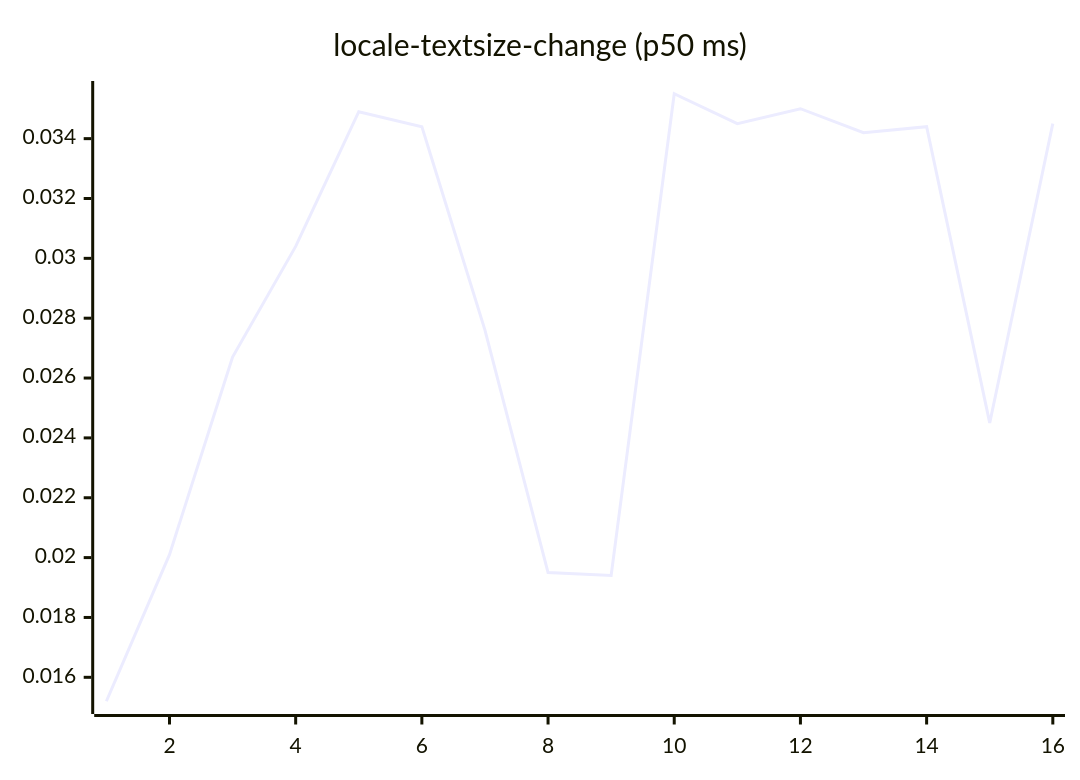
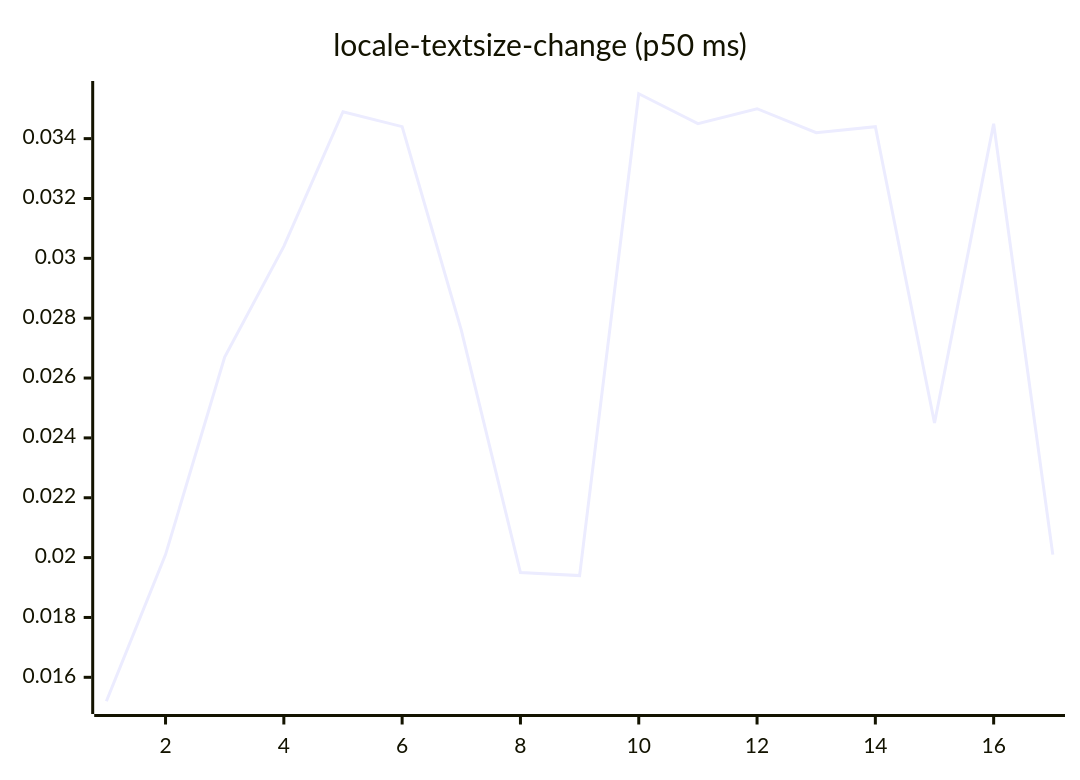
One commit to josha/Facet changed diagram 13 of 27 in README.md. Above: the diagram before and after it, drawn with Mermaid. The commit also changed other lines of this file and 2 other files, not shown here.

````diff
--- a/README.md
+++ b/README.md
@@ -147,6 +147,6 @@
 ```mermaid
 xychart-beta
     title "locale-textsize-change (p50 ms)"
-    x-axis 1 --> 16
-    line [0.0152, 0.0201, 0.0267, 0.0304, 0.0349, 0.0344, 0.0276, 0.0195, 0.0194, 0.0355, 0.0345, 0.0350, 0.0342, 0.0344, 0.0245, 0.0345]
+    x-axis 1 --> 17
+    line [0.0152, 0.0201, 0.0267, 0.0304, 0.0349, 0.0344, 0.0276, 0.0195, 0.0194, 0.0355, 0.0345, 0.0350, 0.0342, 0.0344, 0.0245, 0.0345, 0.0201]
 ```
````
